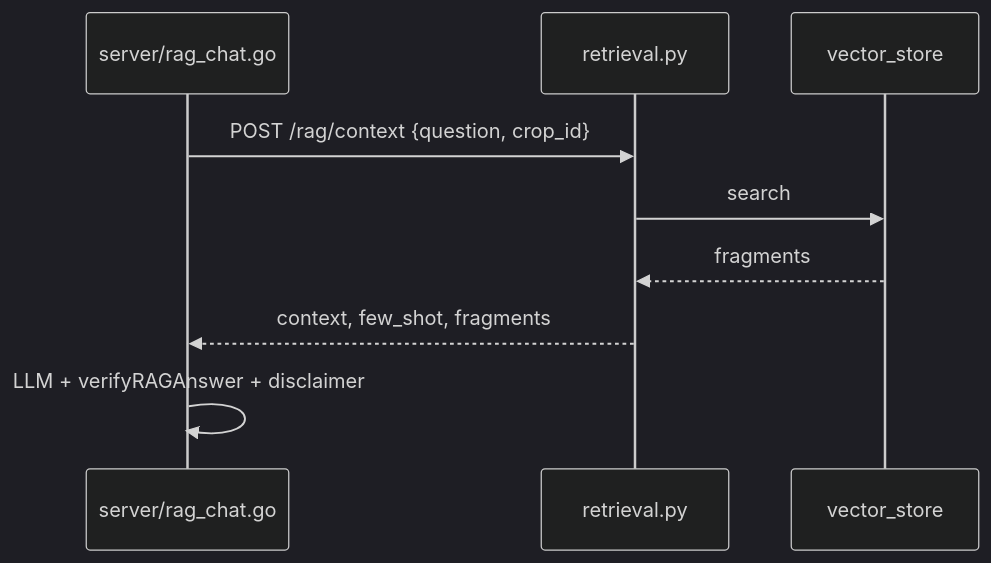
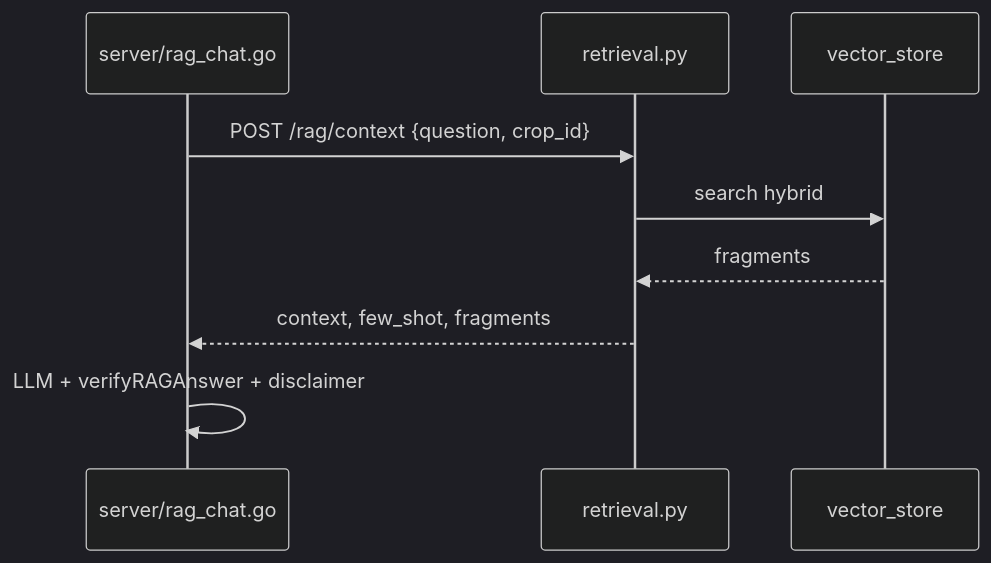
The diagram in docs/knowledge-base/rag-retrieval.md (kantik001/grounded_horticulture_en), drawn with Mermaid (dark theme) before and after one commit. The commit also changed other lines of this file and 126 other files, not shown here.

````diff
--- a/docs/knowledge-base/rag-retrieval.md
+++ b/docs/knowledge-base/rag-retrieval.md
@@ -101,12 +103,12 @@
 ```mermaid
 sequenceDiagram
     participant Go as server/rag_chat.go
     participant Py as retrieval.py
-    participant Chroma as vector_store
+    participant VS as vector_store
 
     Go->>Py: POST /rag/context {question, crop_id}
-    Py->>Chroma: search
-    Chroma-->>Py: fragments
+    Py->>VS: search hybrid
+    VS-->>Py: fragments
     Py-->>Go: context, few_shot, fragments
     Go->>Go: LLM + verifyRAGAnswer + disclaimer
 ```
````
